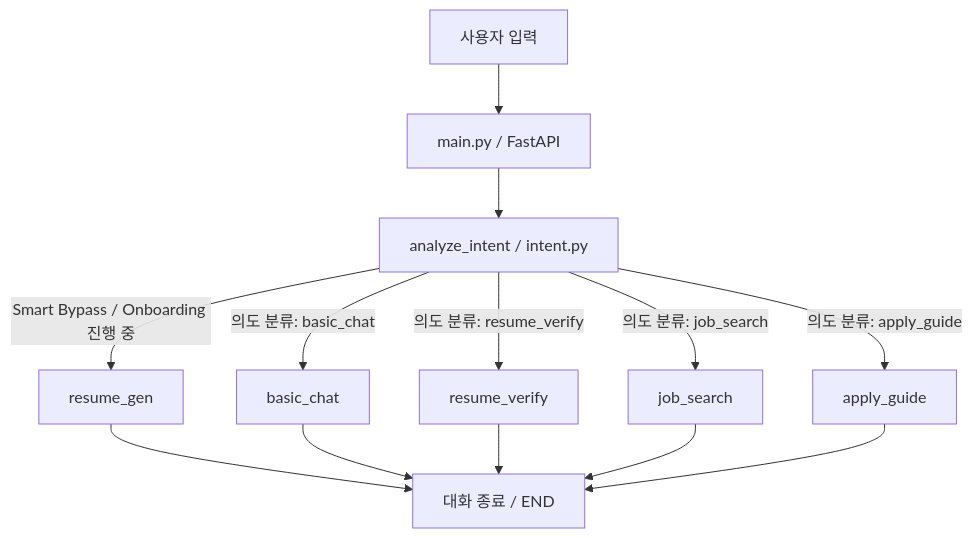
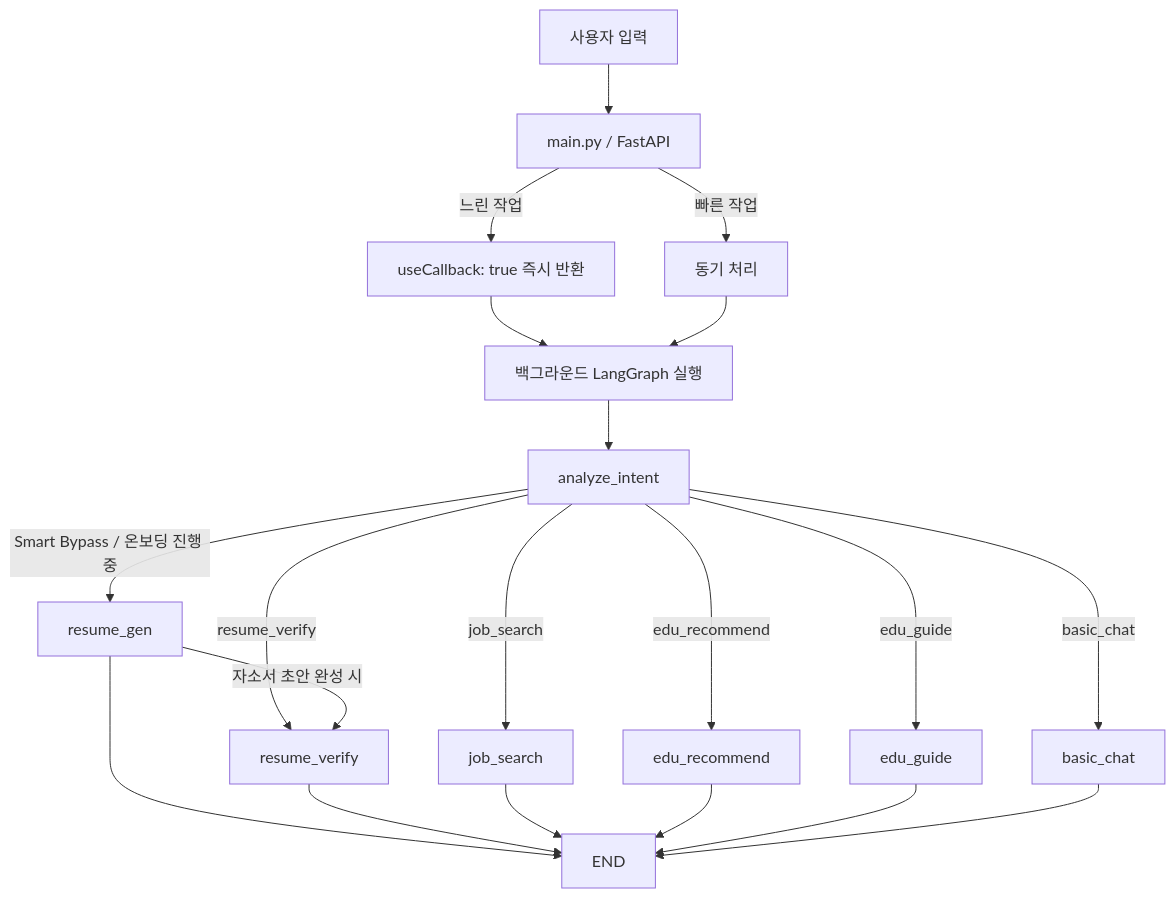
The diagram in README.md (ehdgur100/mynaeil_chatbot), drawn with Mermaid before and after one commit. The commit also changed other lines of this file and 5 other files, not shown here.

````diff
--- a/README.md
+++ b/README.md
@@ -62,17 +61,24 @@
 ```mermaid
 graph TD
     A[사용자 입력] --> B[main.py / FastAPI]
-    B --> C[analyze_intent / intent.py]
-    
-    C -->|Smart Bypass / Onboarding 진행 중| D[resume_gen]
-    C -->|의도 분류: basic_chat| E[basic_chat]
-    C -->|의도 분류: resume_verify| F[resume_verify]
-    C -->|의도 분류: job_search| G[job_search]
-    C -->|의도 분류: apply_guide| H[apply_guide]
-    
-    D --> END[대화 종료 / END]
-    E --> END
-    F --> END
+    B -->|느린 작업| C1[useCallback: true 즉시 반환]
+    B -->|빠른 작업| C2[동기 처리]
+    C1 --> D[백그라운드 LangGraph 실행]
+    C2 --> D
+
+    D --> E[analyze_intent]
+    E -->|Smart Bypass / 온보딩 진행 중| F[resume_gen]
+    E -->|resume_verify| G[resume_verify]
+    E -->|job_search| H[job_search]
+    E -->|edu_recommend| I[edu_recommend]
+    E -->|edu_guide| J[edu_guide]
+    E -->|basic_chat| K[basic_chat]
+
+    F -->|자소서 초안 완성 시| G
+    F --> END[END]
     G --> END
     H --> END
+    I --> END
+    J --> END
+    K --> END
 ```
````
